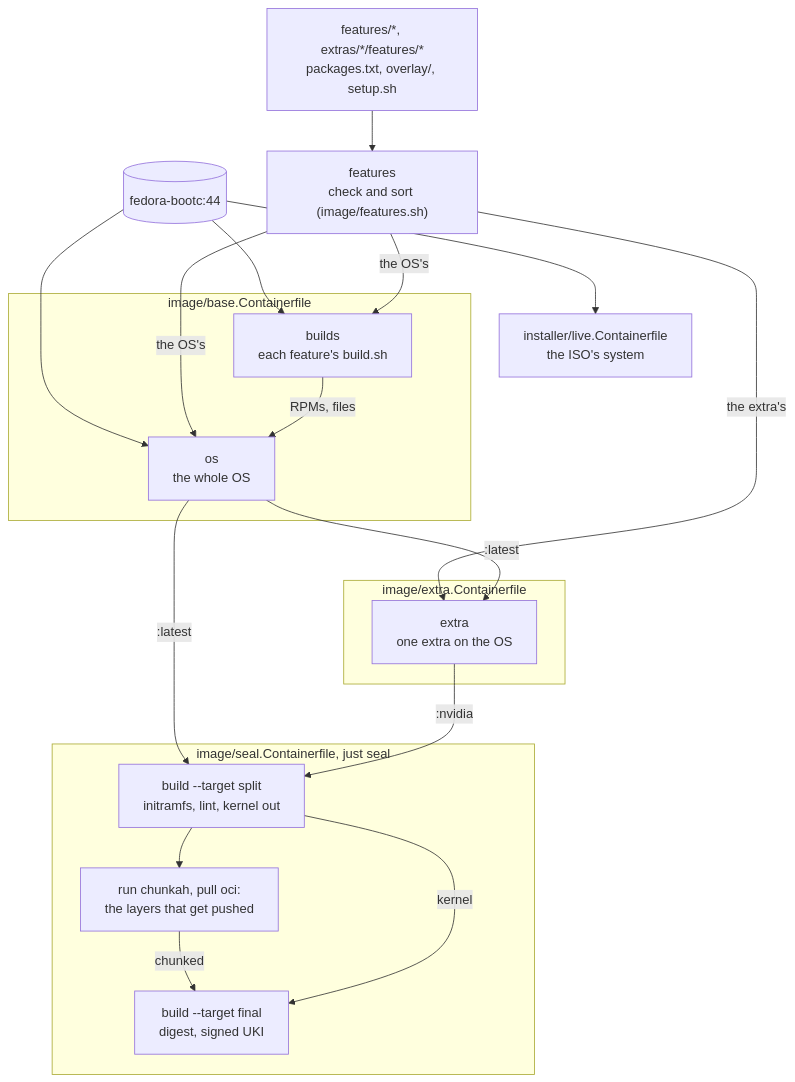
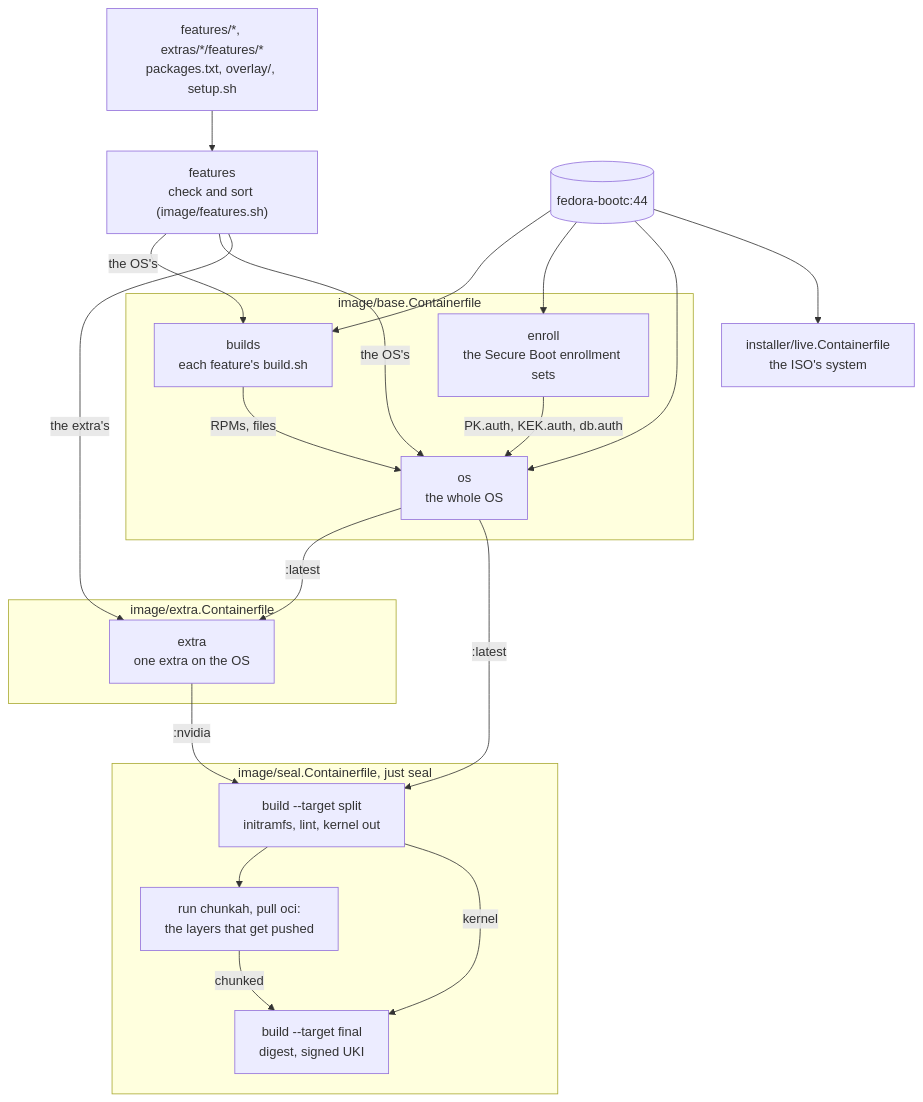
Before and after one commit to LucaRickli/fedora-bootc: the first of 2 diagrams in docs/architecture/build.md, drawn with Mermaid. The commit also changed other lines of this file and 36 other files, not shown here.

````diff
--- a/docs/architecture/build.md
+++ b/docs/architecture/build.md
@@ -20,29 +20,32 @@
 ```mermaid
 flowchart TB
     repo["features/*, extras/*/features/*<br/>packages.txt, overlay/, setup.sh"] --> sort["features<br/>check and sort (image/features.sh)"]
     subgraph basecf["image/base.Containerfile"]
         builds["builds<br/>each feature's build.sh"]
+        enroll["enroll<br/>the Secure Boot enrollment sets"]
         os["os<br/>the whole OS"]
     end
     subgraph extracf["image/extra.Containerfile"]
         extra["extra<br/>one extra on the OS"]
     end
     subgraph sealcf["image/seal.Containerfile, just seal"]
         split["build --target split<br/>initramfs, lint, kernel out"]
         chunkah["run chunkah, pull oci:<br/>the layers that get pushed"]
         final["build --target final<br/>digest, signed UKI"]
     end
     fedora[("fedora-bootc:44")] --> builds
+    fedora --> enroll
     fedora --> os
     fedora --> live["installer/live.Containerfile<br/>the ISO's system"]
     sort -- "the OS's" --> builds
     sort -- "the OS's" --> os
     builds -- "RPMs, files" --> os
+    enroll -- "PK.auth, KEK.auth, db.auth" --> os
     sort -- "the extra's" --> extra
     os -- ":latest" --> extra
     os -- ":latest" --> split
     extra -- ":nvidia" --> split
     split --> chunkah
     chunkah -- "chunked" --> final
     split -- "kernel" --> final
 ```
````
